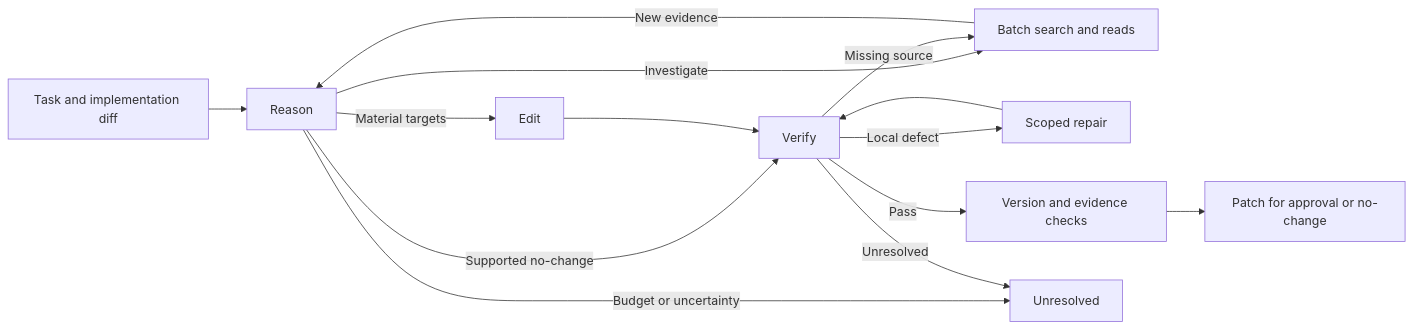
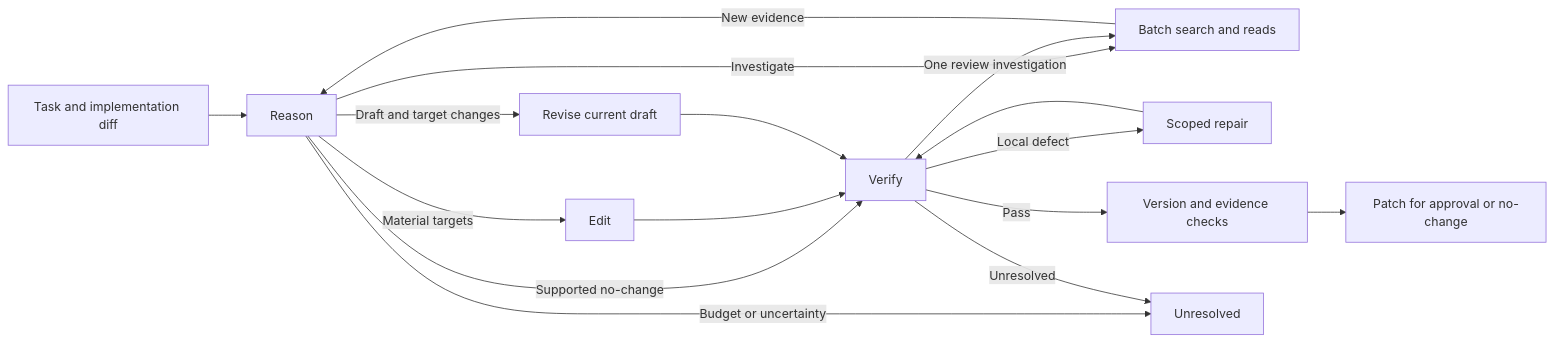
The diagram in docs/design/25-Batched-ReAct仓库维护架构.md (Yamila56/DocChange), drawn with Mermaid before and after one commit. The commit also changed other lines of this file and 11 other files, not shown here.

````diff
--- a/docs/design/25-Batched-ReAct仓库维护架构.md
+++ b/docs/design/25-Batched-ReAct仓库维护架构.md
@@ -7,16 +7,18 @@
 ```mermaid
 flowchart LR
     A[Task and implementation diff] --> R[Reason]
     R -->|Investigate| D[Batch search and reads]
     D -->|New evidence| R
     R -->|Material targets| E[Edit]
+    R -->|Draft and target changes| B[Revise current draft]
     R -->|Supported no-change| V[Verify]
     E --> V
-    V -->|Missing source| D
+    B --> V
+    V -->|One review investigation| D
     V -->|Local defect| P[Scoped repair]
     P --> V
     V -->|Pass| F[Version and evidence checks]
     F --> O[Patch for approval or no-change]
     R -->|Budget or uncertainty| U[Unresolved]
     V -->|Unresolved| U
 ```
````
